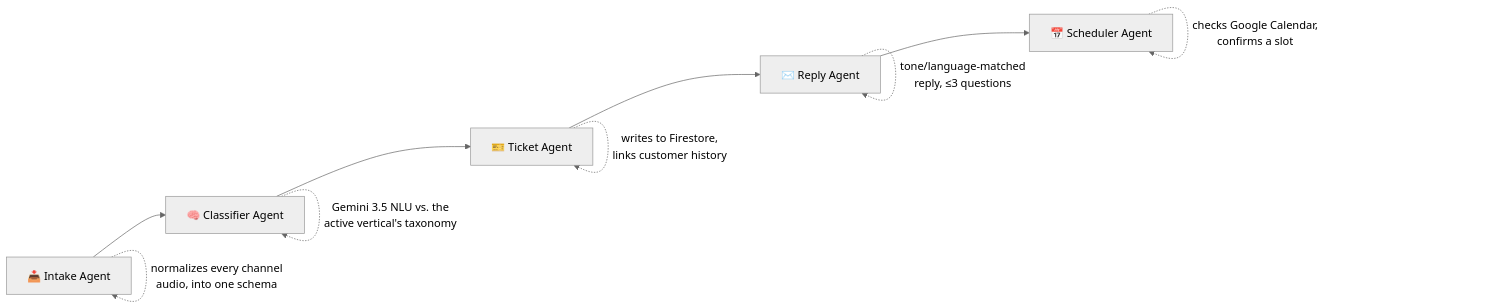
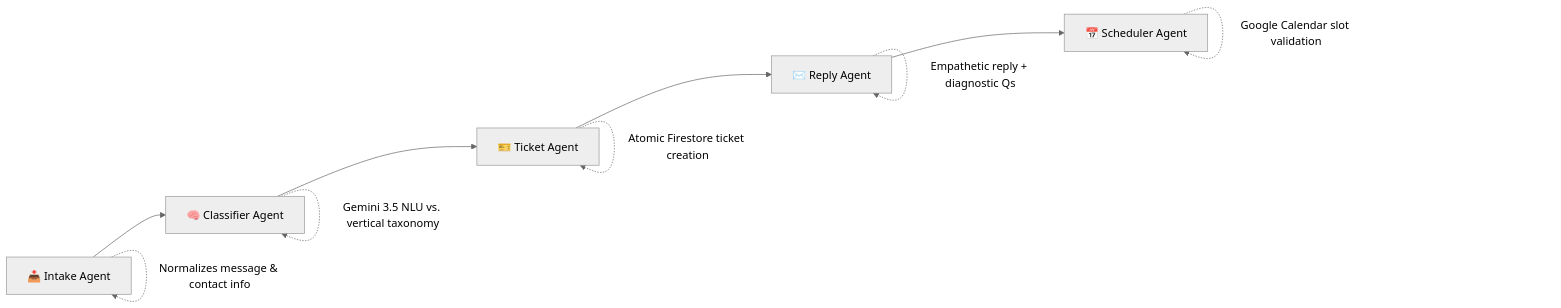
One commit to Moki00/taskmaster changed the diagram in README.md. Above: the diagram before and after it, drawn with Mermaid (neutral theme). The commit also changed other lines of this file and 3 other files, not shown here.

````diff
--- a/README.md
+++ b/README.md
@@ -53,13 +52,14 @@
 ```mermaid
 flowchart LR
     A[📥 Intake Agent] --> B[🧠 Classifier Agent]
     B --> C[🎫 Ticket Agent]
     C --> D[✉️ Reply Agent]
     D --> E[📅 Scheduler Agent]
 
-    A -.->|normalizes every channel<br/>audio, into one schema| A
-    B -.->|Gemini 3.5 NLU vs. the<br/>active vertical's taxonomy| B
-    C -.->|writes to Firestore,<br/>links customer history| C
-    D -.->|tone/language-matched<br/>reply, ≤3 questions| D
-    E -.->|checks Google Calendar,<br/>confirms a slot| E
+    A -.->|Normalizes message & contact info| A
+    B -.->|Gemini 3.5 NLU vs. vertical taxonomy| B
+    C -.->|Atomic Firestore ticket creation| C
+    D -.->|Empathetic reply + diagnostic Qs| D
+    E -.->|Google Calendar slot validation| E
+
 ```
````
